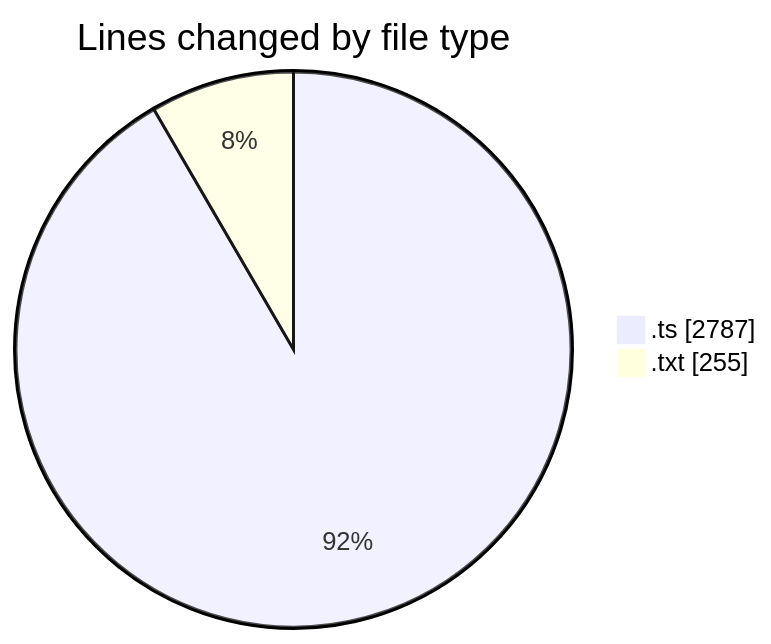
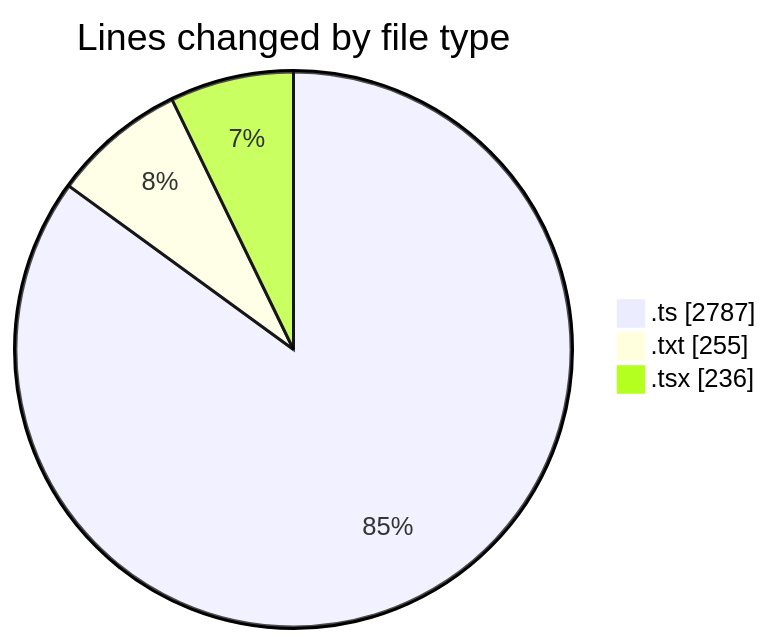
One commit to lephambinh05/code-tracking changed the first of 2 diagrams in 2025-09-14/hiai-phf/README.md. Above: the diagram before and after it, drawn with Mermaid. The commit also changed other lines of this file and 1 other file, not shown here.

````diff
--- a/2025-09-14/hiai-phf/README.md
+++ b/2025-09-14/hiai-phf/README.md
@@ -30,6 +32,7 @@
 ```mermaid
 pie showData
 title Lines changed by file type
 ".ts" : 2787
 ".txt" : 255
+".tsx" : 236
 ```
````
